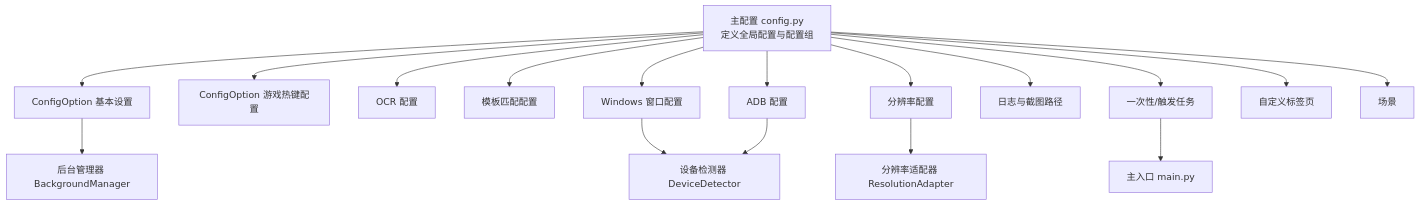
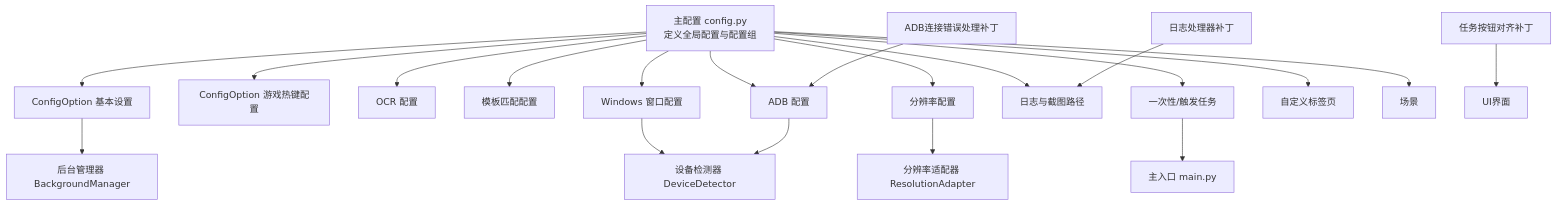
One commit to xsy098-max/ok-jump changed the first of 3 diagrams in .qoder/repowiki/zh/content/配置系统/主配置文件.md. Above: the diagram before and after it, drawn with Mermaid. The commit also changed other lines of this file and 22 other files, not shown here.

````diff
--- a/.qoder/repowiki/zh/content/配置系统/主配置文件.md
+++ b/.qoder/repowiki/zh/content/配置系统/主配置文件.md
@@ -49,19 +51,22 @@
 ```mermaid
 graph TB
 cfg["主配置 config.py<br/>定义全局配置与配置组"] --> opt1["ConfigOption 基本设置"]
 cfg --> opt2["ConfigOption 游戏热键配置"]
 cfg --> ocr["OCR 配置"]
 cfg --> tm["模板匹配配置"]
 cfg --> win["Windows 窗口配置"]
 cfg --> adb["ADB 配置"]
 cfg --> res["分辨率配置"]
 cfg --> log["日志与截图路径"]
 cfg --> tasks["一次性/触发任务"]
 cfg --> tabs["自定义标签页"]
 cfg --> scene["场景"]
 opt1 --> bgm["后台管理器 BackgroundManager"]
 res --> ra["分辨率适配器 ResolutionAdapter"]
 win --> dev["设备检测器 DeviceDetector"]
 adb --> dev
 tasks --> main["主入口 main.py"]
+patch1["ADB连接错误处理补丁"] --> adb
+patch2["任务按钮对齐补丁"] --> ui["UI界面"]
+patch3["日志处理器补丁"] --> log
 ```
````
